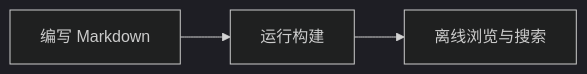
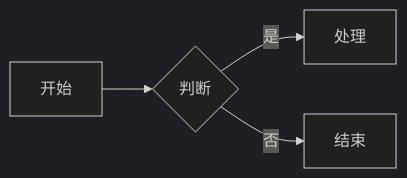
One commit to wangfanstar/md2web changed the first of 27 diagrams in docs/md/使用说明/绘图示例.md. Above: the diagram before and after it, drawn with Mermaid (dark theme). The commit also changed other lines of this file and 9 other files, not shown here.

First line of the commit message:
feat: 绘图示例收录全部样例 + 管理员密码恢复参数

````diff
--- a/docs/md/使用说明/绘图示例.md
+++ b/docs/md/使用说明/绘图示例.md
@@ -13,5 +13,6 @@
 ```mermaid
 flowchart LR
-  A[编写 Markdown] --> B[运行构建]
-  B --> C[离线浏览与搜索]
+  A[开始] --> B{判断}
+  B -- 是 --> C[处理]
+  B -- 否 --> D[结束]
 ```
````
